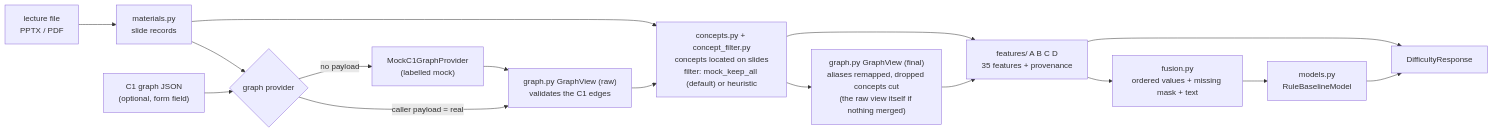
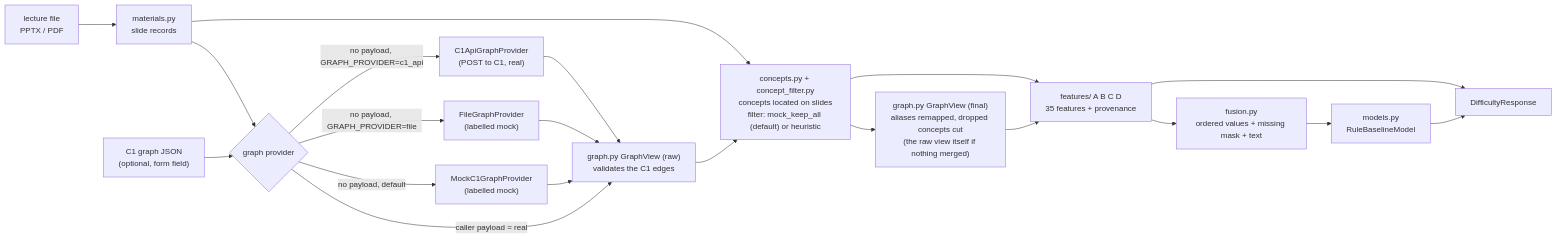
The diagram in docs/edusync/c2-difficulty.md (induranga2004/EduTwin-AI), drawn with Mermaid before and after one commit. The commit also changed other lines of this file and 4 other files, not shown here.

First line of the commit message:
docs(c2): document the graph providers, error mapping and the C1 call path

````diff
--- a/docs/edusync/c2-difficulty.md
+++ b/docs/edusync/c2-difficulty.md
@@ -37,18 +37,22 @@
 ```mermaid
 flowchart LR
   F["lecture file<br/>PPTX / PDF"] --> M["materials.py<br/>slide records"]
   G["C1 graph JSON<br/>(optional, form field)"] --> P{"graph provider"}
   M --> P
   P -->|caller payload = real| GV["graph.py GraphView (raw)<br/>validates the C1 edges"]
-  P -->|no payload| MK["MockC1GraphProvider<br/>(labelled mock)"]
+  P -->|no payload, default| MK["MockC1GraphProvider<br/>(labelled mock)"]
+  P -->|no payload, GRAPH_PROVIDER=file| FP["FileGraphProvider<br/>(labelled mock)"]
+  P -->|no payload, GRAPH_PROVIDER=c1_api| CP["C1ApiGraphProvider<br/>(POST to C1, real)"]
   MK --> GV
+  FP --> GV
+  CP --> GV
   M --> CO["concepts.py + concept_filter.py<br/>concepts located on slides<br/>filter: mock_keep_all (default) or heuristic"]
   GV --> CO
   CO --> GF["graph.py GraphView (final)<br/>aliases remapped, dropped concepts cut<br/>(the raw view itself if nothing merged)"]
   GF --> FE["features/ A B C D<br/>35 features + provenance"]
   CO --> FE
   FE --> FU["fusion.py<br/>ordered values + missing mask + text"]
   FU --> MO["models.py<br/>RuleBaselineModel"]
   MO --> R["DifficultyResponse"]
   FE --> R
 ```
````
